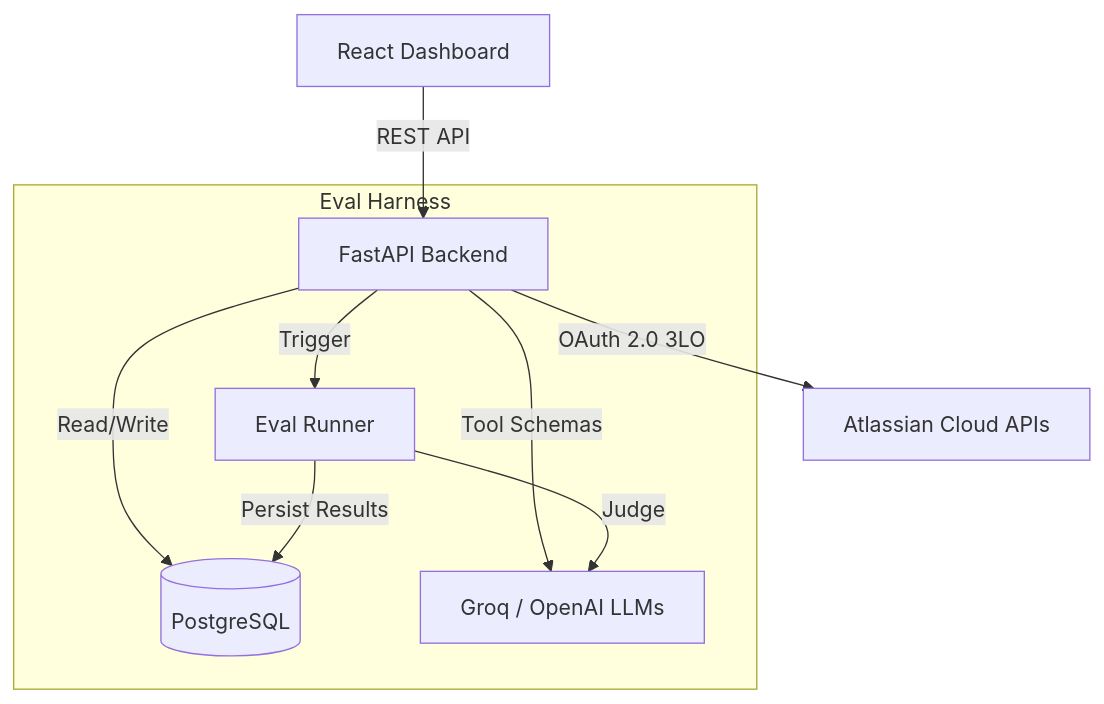
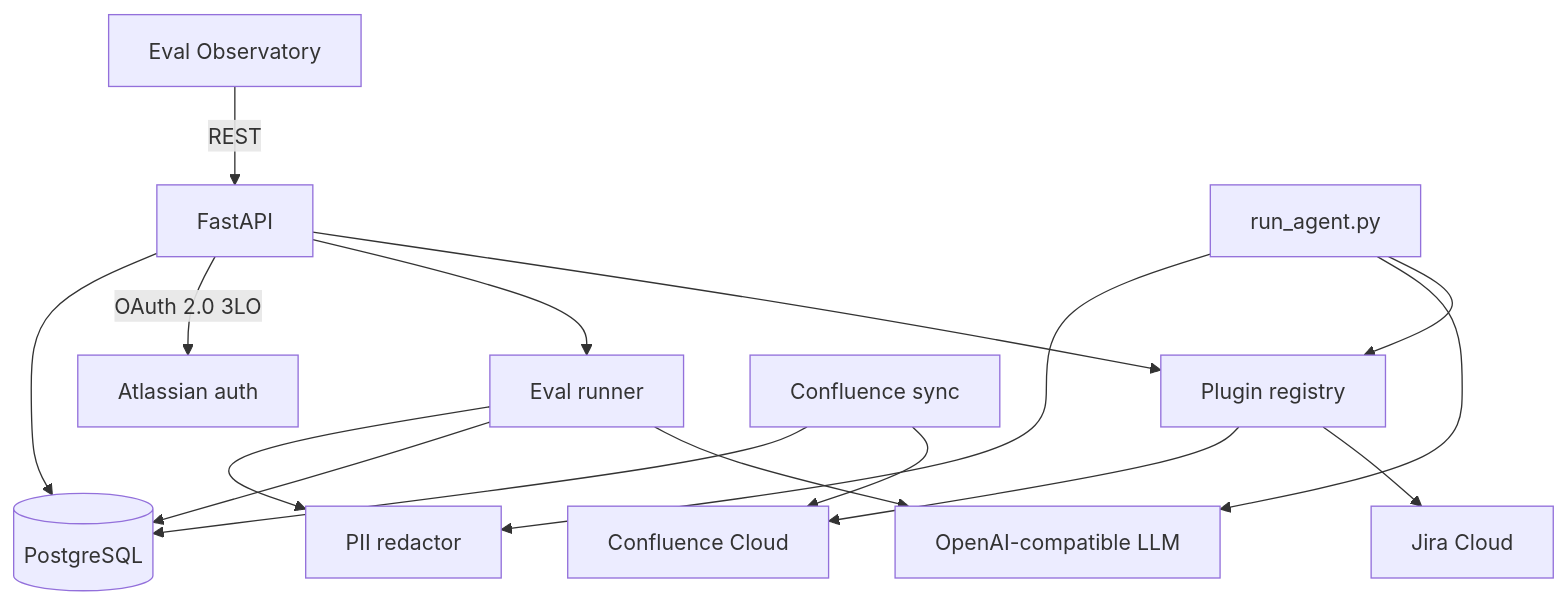
The diagram in README.md (OctavianDoncea/atlassian-agent-kit), drawn with Mermaid before and after one commit. The commit also changed other lines of this file, not shown here.

````diff
--- a/README.md
+++ b/README.md
@@ -9,13 +21,18 @@
 ```mermaid
 graph TD
-    User[React Dashboard] -->|REST API| FastAPI[FastAPI Backend]
-    FastAPI -->|OAuth 2.0 3LO| Atlassian[Atlassian Cloud APIs]
-    FastAPI -->|Read/Write| DB[(PostgreSQL)]
-    FastAPI -->|Tool Schemas| LLM[Groq / OpenAI LLMs]
-    
-    subgraph Eval Harness
-        FastAPI -->|Trigger| Runner[Eval Runner]
-        Runner -->|Judge| LLM
-        Runner -->|Persist Results| DB
-    end
+    Dash[Eval Observatory] -->|REST| API[FastAPI]
+    CLI[run_agent.py] --> Registry[Plugin registry]
+    API --> Registry
+    API --> Runner[Eval runner]
+    Runner --> LLM[OpenAI-compatible LLM]
+    CLI --> LLM
+    Registry --> Jira[Jira Cloud]
+    Registry --> Conf[Confluence Cloud]
+    API -->|OAuth 2.0 3LO| Atlassian[Atlassian auth]
+    Runner --> DB[(PostgreSQL)]
+    API --> DB
+    Sync[Confluence sync] --> Conf
+    Sync --> DB
+    CLI --> Redactor[PII redactor]
+    Runner --> Redactor
 ```
````
